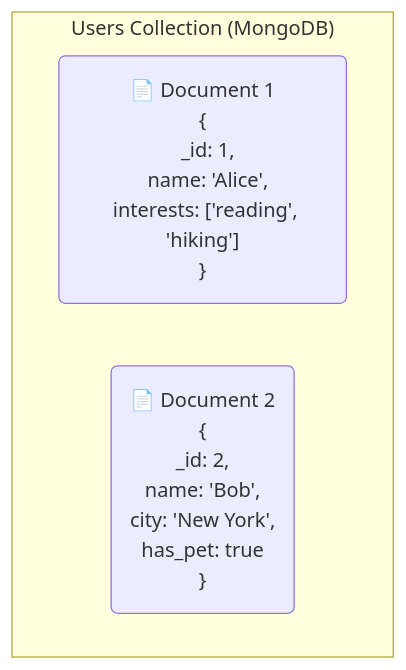
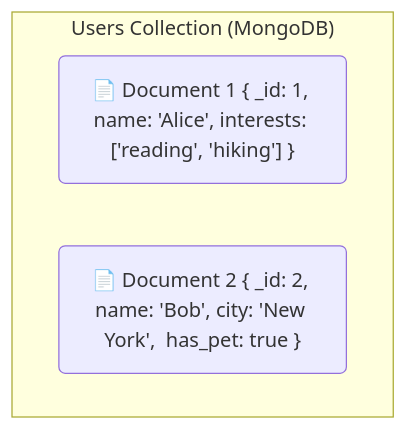
The second of 4 diagrams in database-macro-types.md (rcpsolutions-net/markdown-docs), drawn with Mermaid before and after one commit. The commit also changed other lines of this file, not shown here.

````diff
--- a/database-macro-types.md
+++ b/database-macro-types.md
@@ -57,7 +57,7 @@
 ```mermaid
 graph TD
     subgraph "Users Collection (MongoDB)"
-        doc1("📄 Document 1<br>{<br>  _id: 1,<br>  name: 'Alice',<br>  interests: ['reading', 'hiking']<br>}")
-        doc2("📄 Document 2<br>{<br>  _id: 2,<br>  name: 'Bob',<br>  city: 'New York',<br>  has_pet: true<br>}")
+        doc1("📄 Document 1 { _id: 1, name: 'Alice', interests: ['reading', 'hiking'] }")
+        doc2("📄 Document 2 { _id: 2, name: 'Bob', city: 'New York',  has_pet: true }")
     end
 ```
````
